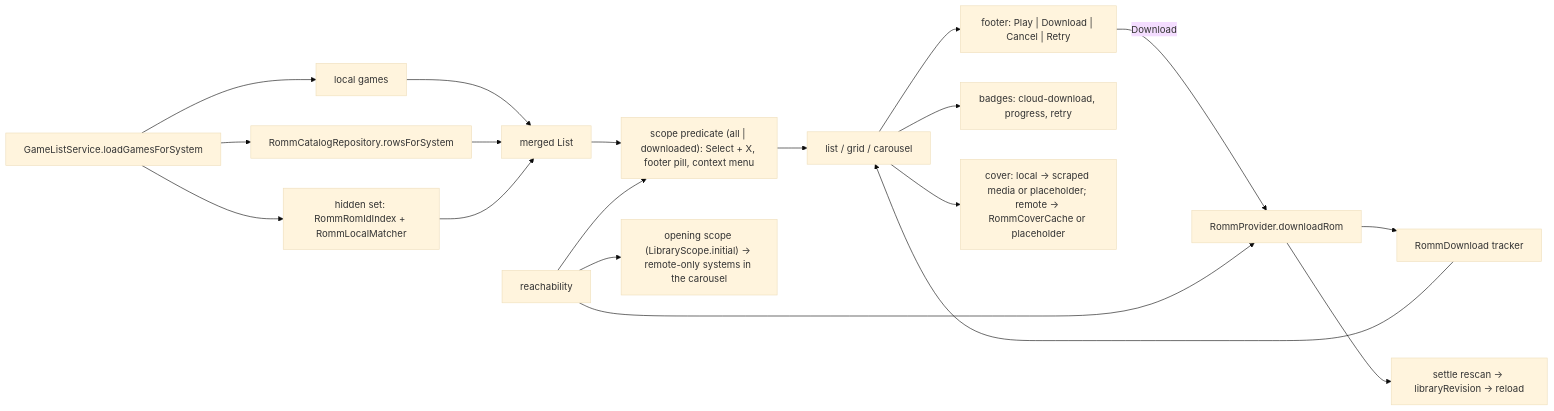
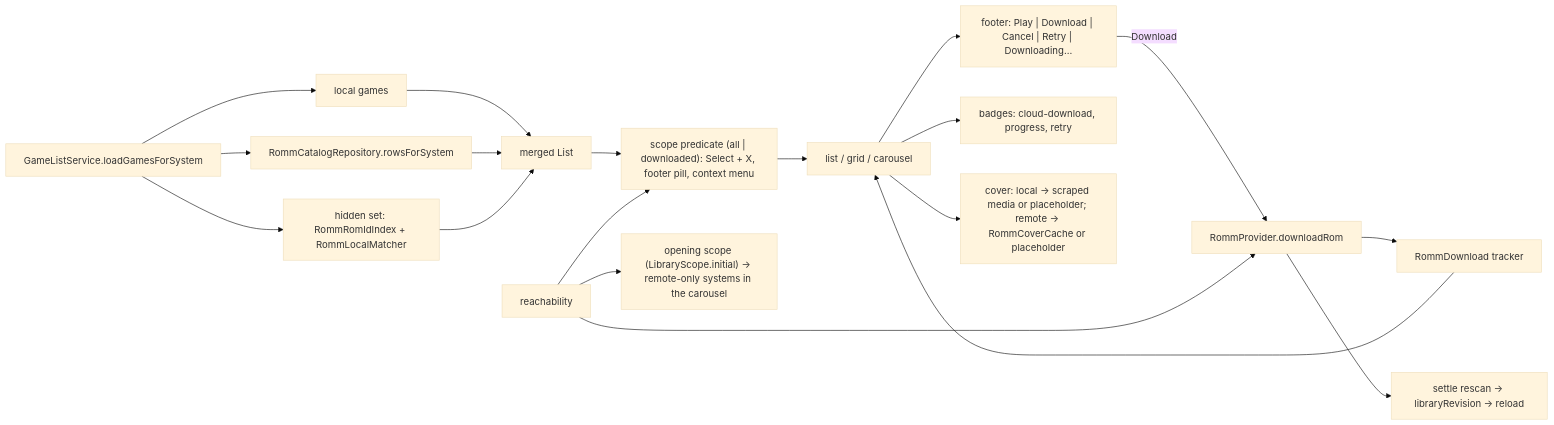
The second of 2 diagrams in sdd/specs/romm-unified-library/design.md (jonstump/neostation-frontend), drawn with Mermaid (base theme) before and after one commit. The commit also changed other lines of this file and 7 other files, not shown here.

````diff
--- a/sdd/specs/romm-unified-library/design.md
+++ b/sdd/specs/romm-unified-library/design.md
@@ -103,18 +105,18 @@
 ```mermaid
 flowchart LR
     GL["GameListService.loadGamesForSystem"] --> L["local games"]
     GL --> C["RommCatalogRepository.rowsForSystem"]
     GL --> H["hidden set: RommRomIdIndex + RommLocalMatcher"]
     L & C & H --> M["merged List<GameModel>"]
     M --> SC["scope predicate (all | downloaded): Select + X, footer pill, context menu"]
     SC --> V["list / grid / carousel"]
-    V --> F["footer: Play | Download | Cancel | Retry"]
+    V --> F["footer: Play | Download | Cancel | Retry | Downloading…"]
     V --> B["badges: cloud-download, progress, retry"]
     V --> CV["cover: local → scraped media or placeholder; remote → RommCoverCache or placeholder"]
     F -->|Download| DL["RommProvider.downloadRom"]
     DL --> T["RommDownload tracker"] --> V
     DL --> ST["settle rescan → libraryRevision → reload"]
     RC["reachability"] --> SC
     RC --> DL
     RC --> OS["opening scope (LibraryScope.initial) → remote-only systems in the carousel"]
 ```
````
